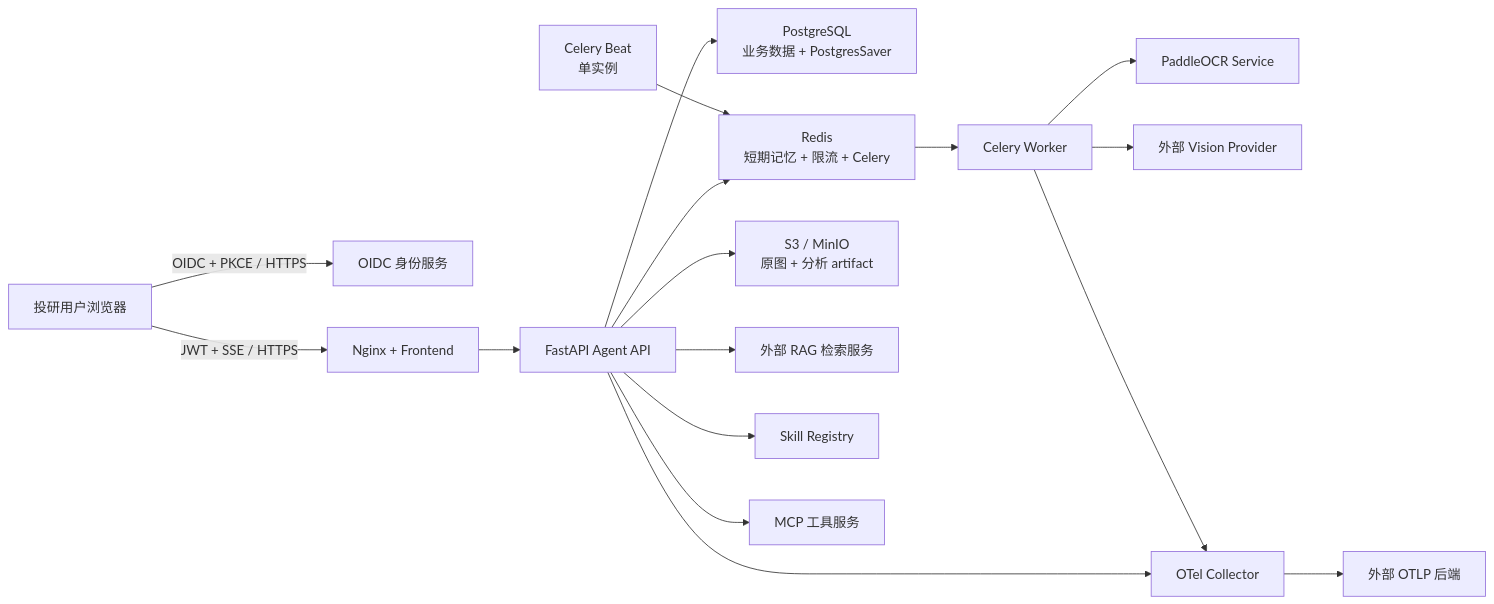
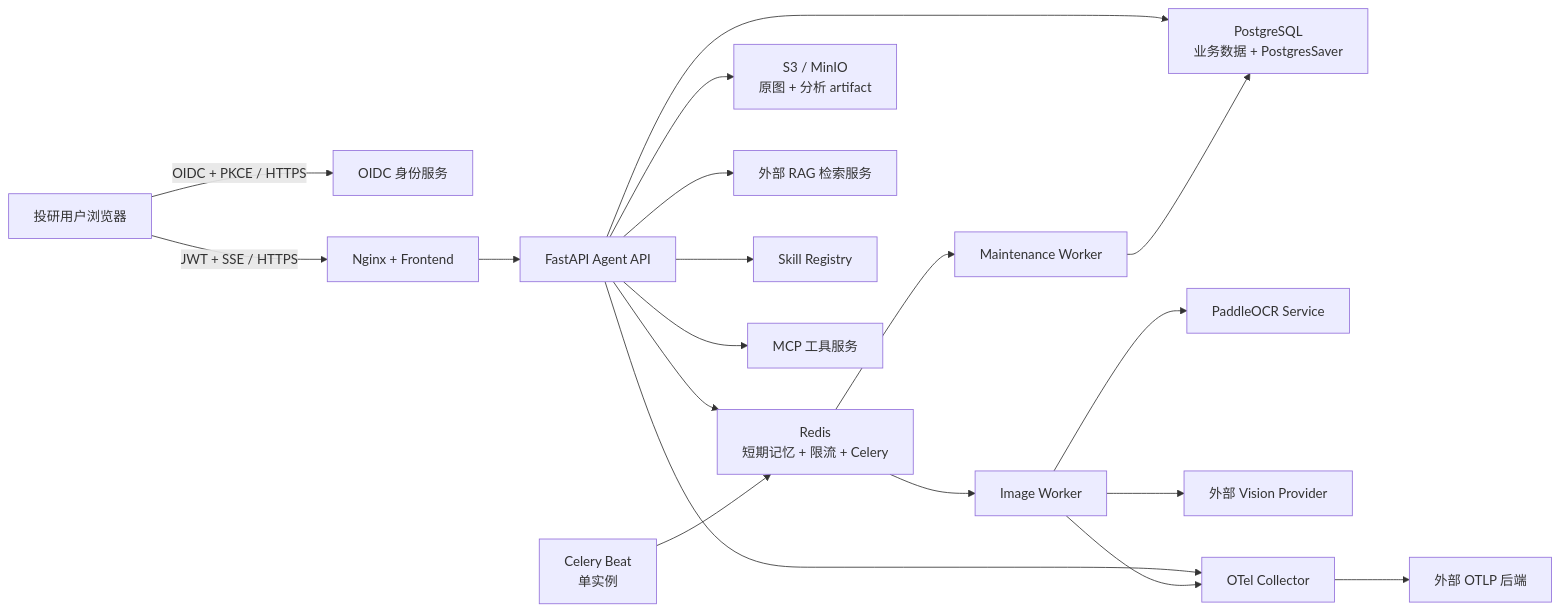
Before and after one commit to GaryLuckyNi/BsAgent: the diagram in docs/production-deployment.md, drawn with Mermaid. The commit also changed other lines of this file and 9 other files, not shown here.

````diff
--- a/docs/production-deployment.md
+++ b/docs/production-deployment.md
@@ -7,19 +7,21 @@
 ```mermaid
 flowchart LR
     U["投研用户浏览器"] -->|"OIDC + PKCE / HTTPS"| IDP["OIDC 身份服务"]
     U -->|"JWT + SSE / HTTPS"| FE["Nginx + Frontend"]
     FE --> API["FastAPI Agent API"]
     API --> PG["PostgreSQL\n业务数据 + PostgresSaver"]
     API --> REDIS["Redis\n短期记忆 + 限流 + Celery"]
     API --> S3["S3 / MinIO\n原图 + 分析 artifact"]
     API --> RAG["外部 RAG 检索服务"]
     API --> SKILL["Skill Registry"]
     API --> MCP["MCP 工具服务"]
-    REDIS --> WORKER["Celery Worker"]
+    REDIS --> WORKER["Image Worker"]
+    REDIS --> MAINT["Maintenance Worker"]
     WORKER --> OCR["PaddleOCR Service"]
     WORKER --> VISION["外部 Vision Provider"]
     SCHEDULER["Celery Beat\n单实例"] --> REDIS
+    MAINT --> PG
     API --> OTEL["OTel Collector"]
     WORKER --> OTEL
     OTEL --> OBS["外部 OTLP 后端"]
 ```
````
